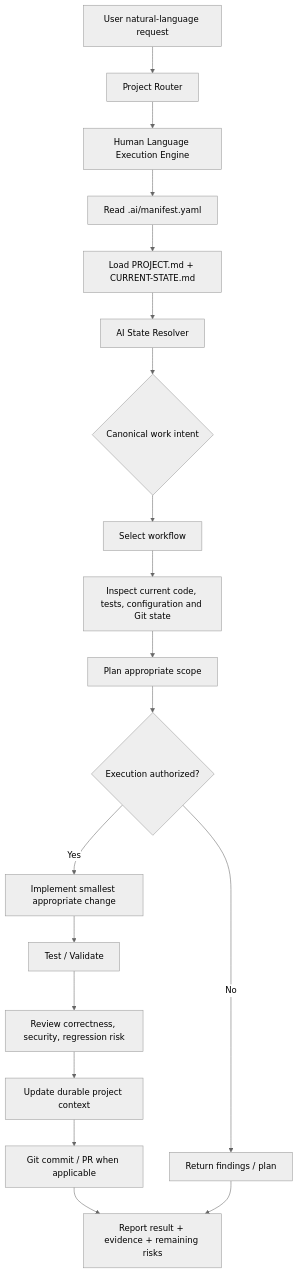
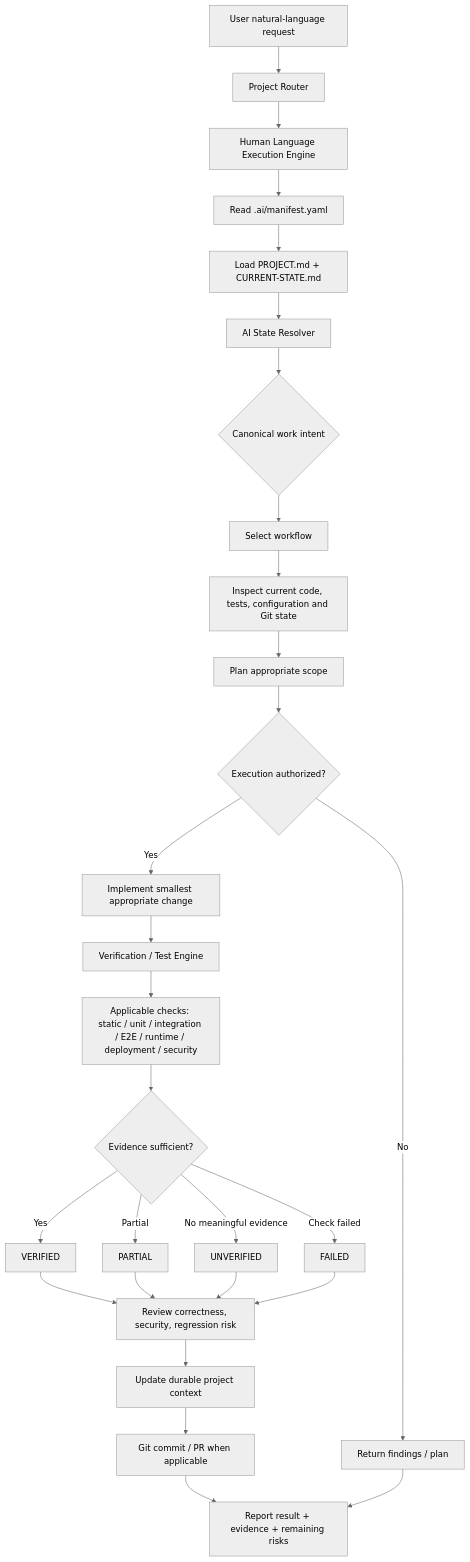
Before and after one commit to zzpsah/chatgpt-development-os: the first of 3 diagrams in docs/ARCHITECTURE.md, drawn with Mermaid (neutral theme). The commit also changed other lines of this file, not shown here.

Commit message:
docs: integrate verification engine into architecture

````diff
--- a/docs/ARCHITECTURE.md
+++ b/docs/ARCHITECTURE.md
@@ -5,21 +5,30 @@
 ```mermaid
 flowchart TD
     U[User natural-language request] --> R[Project Router]
     R --> H[Human Language Execution Engine]
     H --> M[Read .ai/manifest.yaml]
     M --> C[Load PROJECT.md + CURRENT-STATE.md]
     C --> S[AI State Resolver]
     S --> D{Canonical work intent}
     D --> W[Select workflow]
     W --> I[Inspect current code, tests, configuration and Git state]
     I --> P[Plan appropriate scope]
     P --> A{Execution authorized?}
     A -->|No| PL[Return findings / plan]
     A -->|Yes| X[Implement smallest appropriate change]
-    X --> T[Test / Validate]
-    T --> Q[Review correctness, security, regression risk]
+    X --> V[Verification / Test Engine]
+    V --> T[Applicable checks: static / unit / integration / E2E / runtime / deployment / security]
+    T --> E{Evidence sufficient?}
+    E -->|Yes| QV[VERIFIED]
+    E -->|Partial| QP[PARTIAL]
+    E -->|No meaningful evidence| QU[UNVERIFIED]
+    E -->|Check failed| QF[FAILED]
+    QV --> Q[Review correctness, security, regression risk]
+    QP --> Q
+    QU --> Q
+    QF --> Q
     Q --> N[Update durable project context]
     N --> G[Git commit / PR when applicable]
     G --> Z[Report result + evidence + remaining risks]
     PL --> Z
 ```
````
